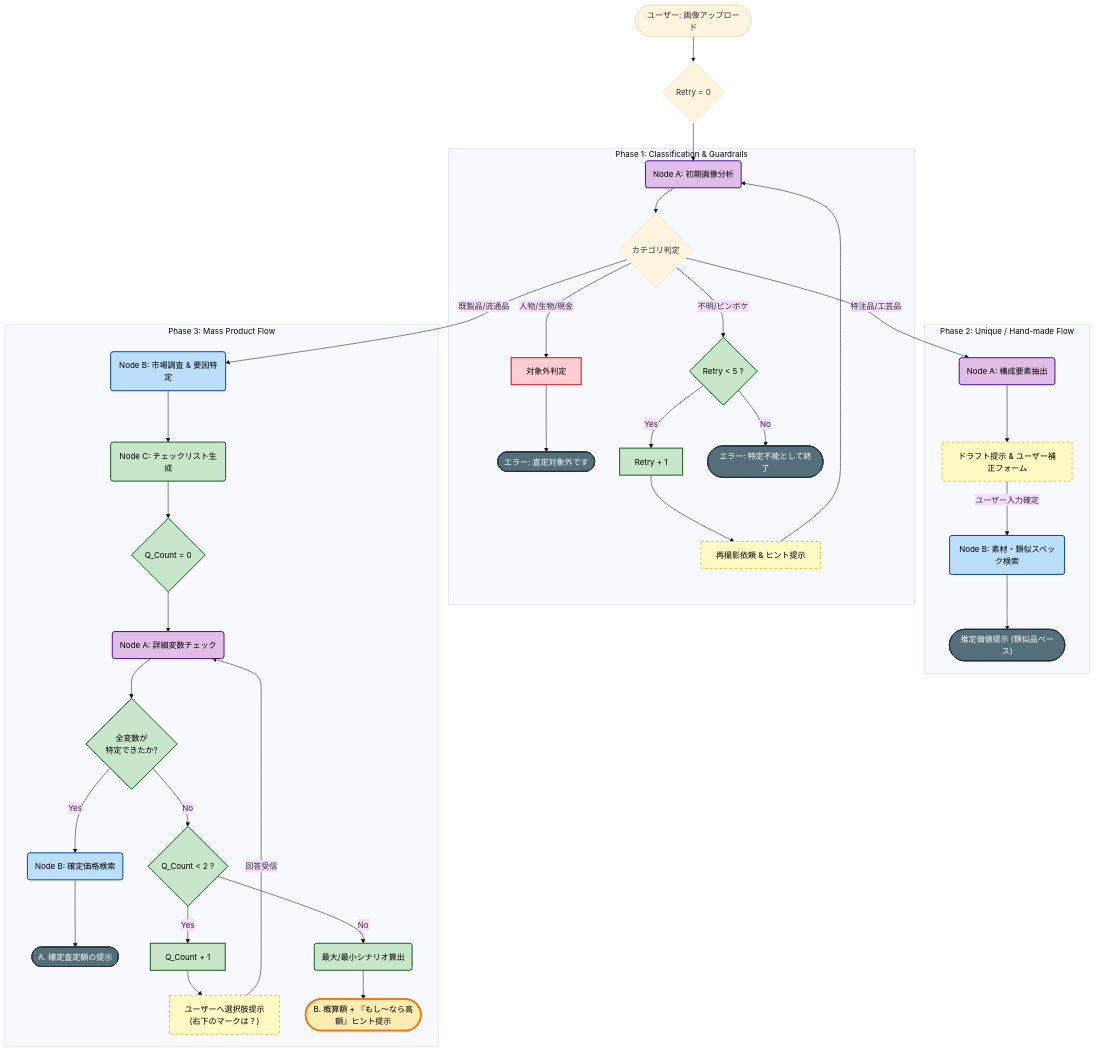
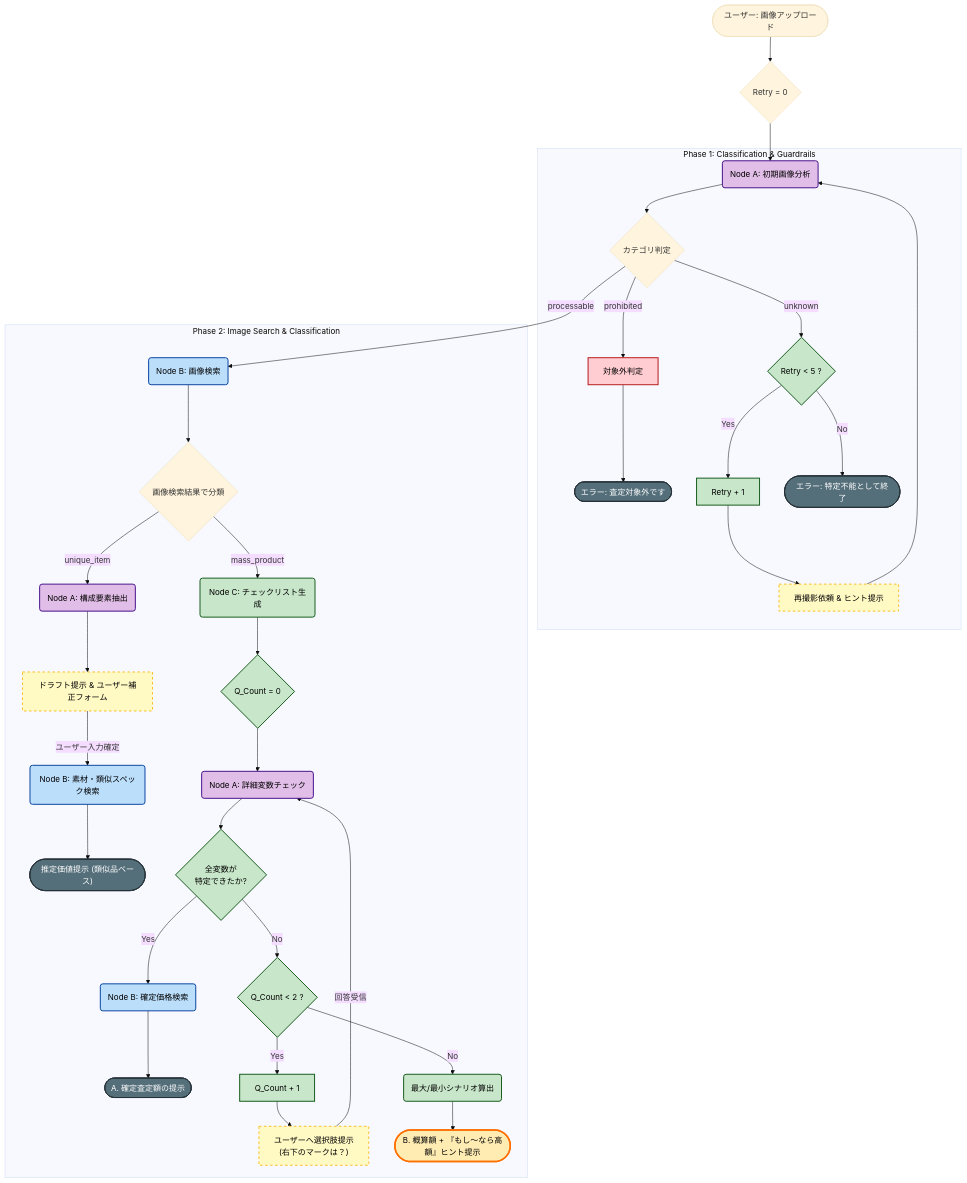
One commit to KentaToda/backend changed the diagram in docs/agent.md. Above: the diagram before and after it, drawn with Mermaid (base theme). The commit also changed other lines of this file and 2 other files, not shown here.

Commit message:
vision_nodeのスキーマ修正

````diff
--- a/docs/agent.md
+++ b/docs/agent.md
@@ -13,70 +13,71 @@
 ```mermaid
 graph TD
     %% --- スタイル定義 ---
     classDef vision fill:#e1bee7,stroke:#4a148c,stroke-width:2px,color:black;
     classDef search fill:#bbdefb,stroke:#0d47a1,stroke-width:2px,color:black;
     classDef logic fill:#c8e6c9,stroke:#1b5e20,stroke-width:2px,color:black;
     classDef user fill:#fff9c4,stroke:#fbc02d,stroke-width:2px,stroke-dasharray: 5 5,color:black;
     classDef endstate fill:#546e7a,stroke:#263238,stroke-width:2px,color:white;
     classDef hint fill:#ffecb3,stroke:#ff6f00,stroke-width:3px,color:black;
     classDef guard fill:#ffcdd2,stroke:#b71c1c,stroke-width:2px,color:black;
 
     %% --- Phase 0: 初期化 ---
     Start([ユーザー: 画像アップロード]) --> InitCount{Retry = 0}
     InitCount --> NodeA_Init
 
     %% --- Phase 1: 分類とガードレール ---
     subgraph Phase1 [Phase 1: Classification & Guardrails]
         NodeA_Init(Node A: 初期画像分析):::vision
         NodeA_Init --> CheckType{カテゴリ判定}
 
         %% A. ガードレール
-        CheckType -- "人物/生物/現金" --> GuardRail[対象外判定]:::guard
+        CheckType -- "prohibited" --> GuardRail[対象外判定]:::guard
         GuardRail --> End_Guard(["エラー: 査定対象外です"]):::endstate
 
         %% B. 特定不可 (Retry Max 5)
-        CheckType -- "不明/ピンボケ" --> RetryCheck{Retry < 5 ?}:::logic
+        CheckType -- "unknown" --> RetryCheck{Retry < 5 ?}:::logic
         RetryCheck -- Yes --> CountUp[Retry + 1]:::logic
         CountUp --> AskReshoot[再撮影依頼 & ヒント提示]:::user
         AskReshoot --> NodeA_Init
         RetryCheck -- No --> End_GiveUp(["エラー: 特定不能として終了"]):::endstate
     end
 
-    %% --- Phase 2: 特注品フロー (Human-in-the-Loop) ---
-    subgraph Phase2 [Phase 2: Unique / Hand-made Flow]
-        CheckType -- "特注品/工芸品" --> ExtractFeat(Node A: 構成要素抽出):::vision
+    %% --- Phase 2: 画像検索フロー ---
+    subgraph Phase2 [Phase 2: Image Search & Classification]
+        CheckType -- "processable" --> NodeB_Search(Node B: 画像検索):::search
+        NodeB_Search --> ClassifyType{画像検索結果で分類}
+        
+        %% 特注品/一点物フロー
+        ClassifyType -- "unique_item" --> ExtractFeat(Node A: 構成要素抽出):::vision
         ExtractFeat --> ShowDraft[ドラフト提示 & ユーザー補正フォーム]:::user
         ShowDraft -->|ユーザー入力確定| NodeB_Proxy(Node B: 素材・類似スペック検索):::search
         NodeB_Proxy --> End_Unique(["推定価値提示 (類似品ベース)"]):::endstate
-    end
-
-    %% --- Phase 3: 既製品フロー (Dynamic Focus & Hint) ---
-    subgraph Phase3 [Phase 3: Mass Product Flow]
-        CheckType -- "既製品/流通品" --> NodeB_Broad(Node B: 市場調査 & 要因特定):::search
-        NodeB_Broad --> NodeC_Schema(Node C: チェックリスト生成):::logic
+        
+        %% 既製品フロー
+        ClassifyType -- "mass_product" --> NodeC_Schema(Node C: チェックリスト生成):::logic
         
         %% 質問ループ初期化
         NodeC_Schema --> InitQCount{Q_Count = 0}:::logic
         InitQCount --> NodeA_Targeted(Node A: 詳細変数チェック):::vision
         
         %% 特定判定
         NodeA_Targeted --> CheckSpec{全変数が<br>特定できたか?}:::logic
         
         %% Route A: 完全特定
         CheckSpec -- Yes --> NodeB_Final(Node B: 確定価格検索):::search
         NodeB_Final --> End_Exact(["A. 確定査定額の提示"]):::endstate
         
         %% Route B: 未特定 (質問ループ Max 2)
         CheckSpec -- No --> CheckQCount{Q_Count < 2 ?}:::logic
         
         %% B-1: 質問継続
         CheckQCount -- Yes --> Q_CountUp[Q_Count + 1]:::logic
         Q_CountUp --> AskUser["ユーザーへ選択肢提示<br>(右下のマークは？)"]:::user
         AskUser -->|回答受信| NodeA_Targeted
         
         %% B-2: 質問終了 -> ヒント提示
         CheckQCount -- No --> CalcPotential(最大/最小シナリオ算出):::logic
         CalcPotential --> End_Hint(["B. 概算額 + 『もし〜なら高額』ヒント提示"]):::hint
     end
 
 ```
````
